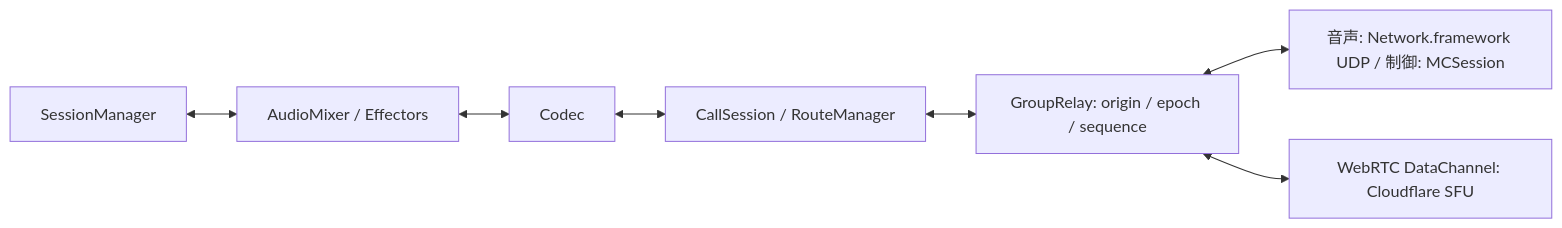
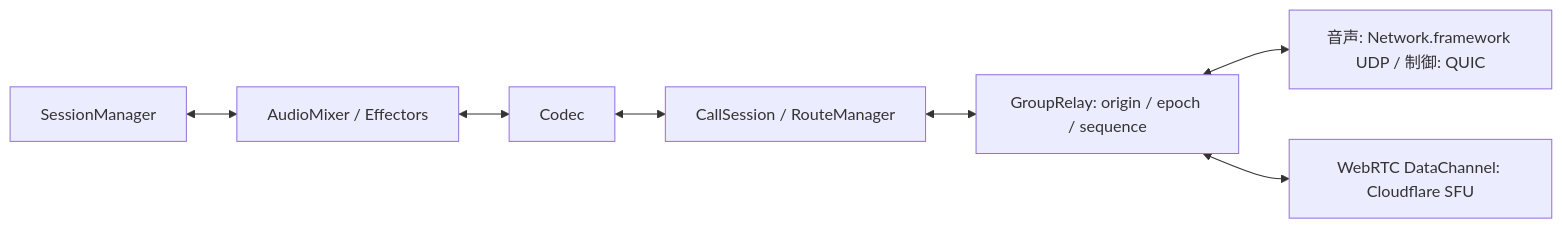
One commit to eroccowaruico/RideCom changed the first of 2 diagrams in docs/spec/packages/RTC.md. Above: the diagram before and after it, drawn with Mermaid. The commit also changed other lines of this file and 19 other files, not shown here.

````diff
--- a/docs/spec/packages/RTC.md
+++ b/docs/spec/packages/RTC.md
@@ -25,9 +25,9 @@
 ```mermaid
 flowchart LR
     IO[SessionManager] <--> Mix[AudioMixer / Effectors]
     Mix <--> Codec
     Codec <--> Session[CallSession / RouteManager]
     Session <--> Relay[GroupRelay: origin / epoch / sequence]
-    Relay <--> Local[音声: Network.framework UDP / 制御: MCSession]
+    Relay <--> Local[音声: Network.framework UDP / 制御: QUIC]
     Relay <--> Internet[WebRTC DataChannel: Cloudflare SFU]
 ```
````
